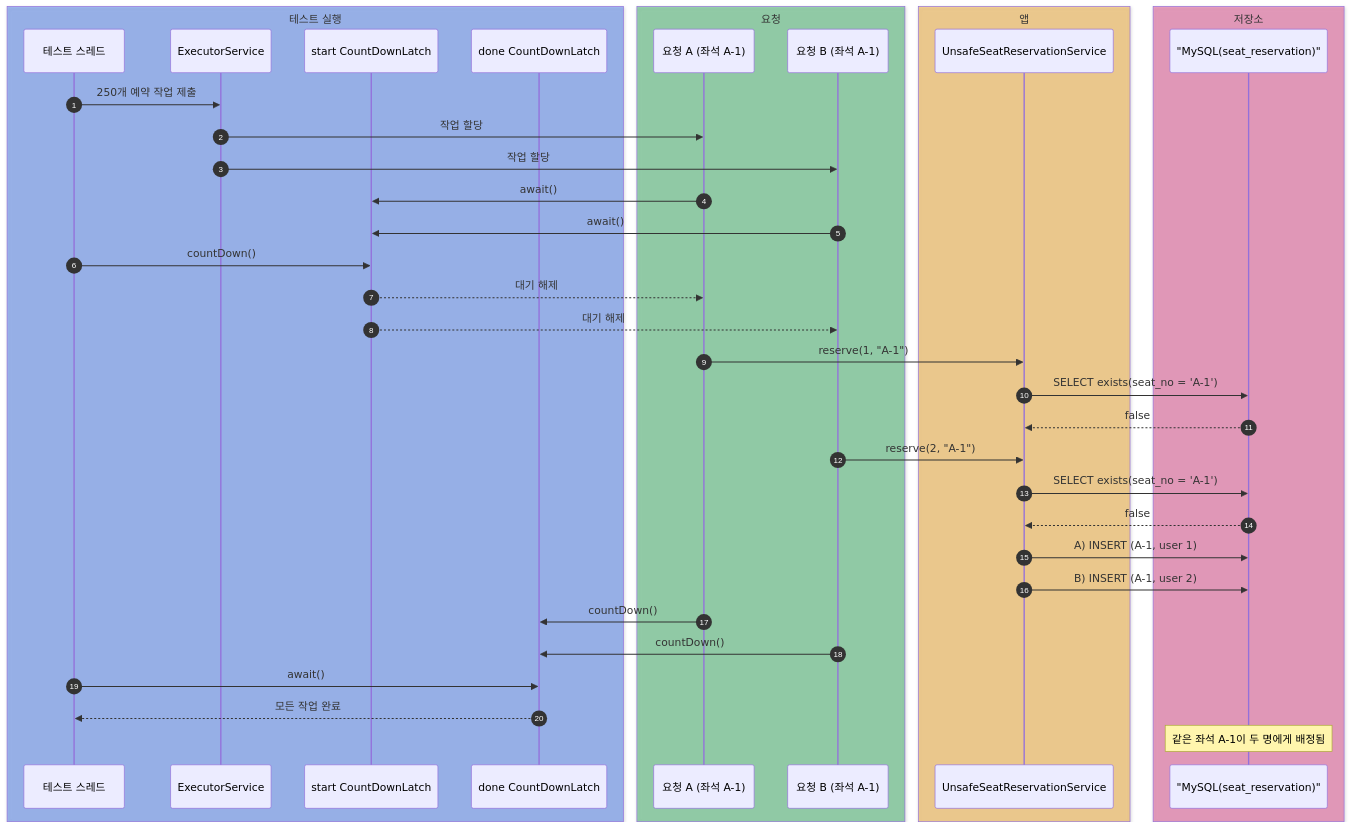
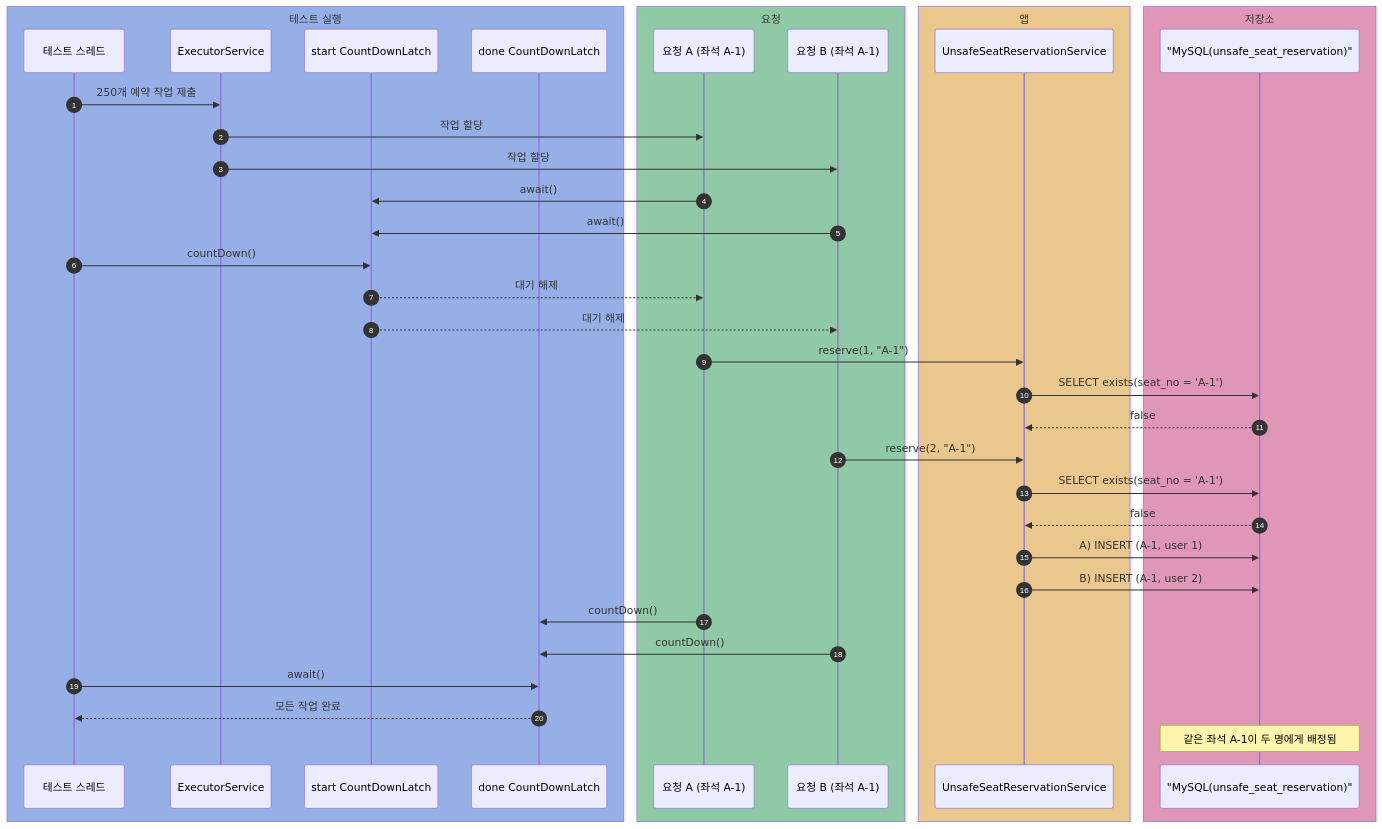
One commit to HJC96/deep-dive changed the first of 5 diagrams in labs/seat-reservation/README.md. Above: the diagram before and after it, drawn with Mermaid. The commit also changed other lines of this file and 17 other files, not shown here.

First line of the commit message:
fix: seat-reservation 선점 원자화·DB 유니크 제약·실패 시 선점 해제

````diff
--- a/labs/seat-reservation/README.md
+++ b/labs/seat-reservation/README.md
@@ -61,48 +65,48 @@
 ```mermaid
 sequenceDiagram
     autonumber
     box rgba(37, 99, 235, 0.40) 테스트 실행
     participant Test as 테스트 스레드
     participant Executor as ExecutorService
     participant StartLatch as start CountDownLatch
     participant DoneLatch as done CountDownLatch
     end
     box rgba(22, 163, 74, 0.40) 요청
     participant A as 요청 A (좌석 A-1)
     participant B as 요청 B (좌석 A-1)
     end
     box rgba(245, 158, 11, 0.40) 앱
     participant Service as UnsafeSeatReservationService
     end
     box rgba(219, 39, 119, 0.40) 저장소
-    participant DB as "MySQL(seat_reservation)"
+    participant DB as "MySQL(unsafe_seat_reservation)"
     end
 
     Test->>Executor: 250개 예약 작업 제출
     Executor->>A: 작업 할당
     Executor->>B: 작업 할당
     A->>StartLatch: await()
     B->>StartLatch: await()
 
     Test->>StartLatch: countDown()
     StartLatch-->>A: 대기 해제
     StartLatch-->>B: 대기 해제
 
     A->>Service: reserve(1, "A-1")
     Service->>DB: SELECT exists(seat_no = 'A-1')
     DB-->>Service: false
 
     B->>Service: reserve(2, "A-1")
     Service->>DB: SELECT exists(seat_no = 'A-1')
     DB-->>Service: false
 
     Service->>DB: A) INSERT (A-1, user 1)
     Service->>DB: B) INSERT (A-1, user 2)
 
     A->>DoneLatch: countDown()
     B->>DoneLatch: countDown()
     Test->>DoneLatch: await()
     DoneLatch-->>Test: 모든 작업 완료
 
     Note over DB: 같은 좌석 A-1이 두 명에게 배정됨
 ```
````
